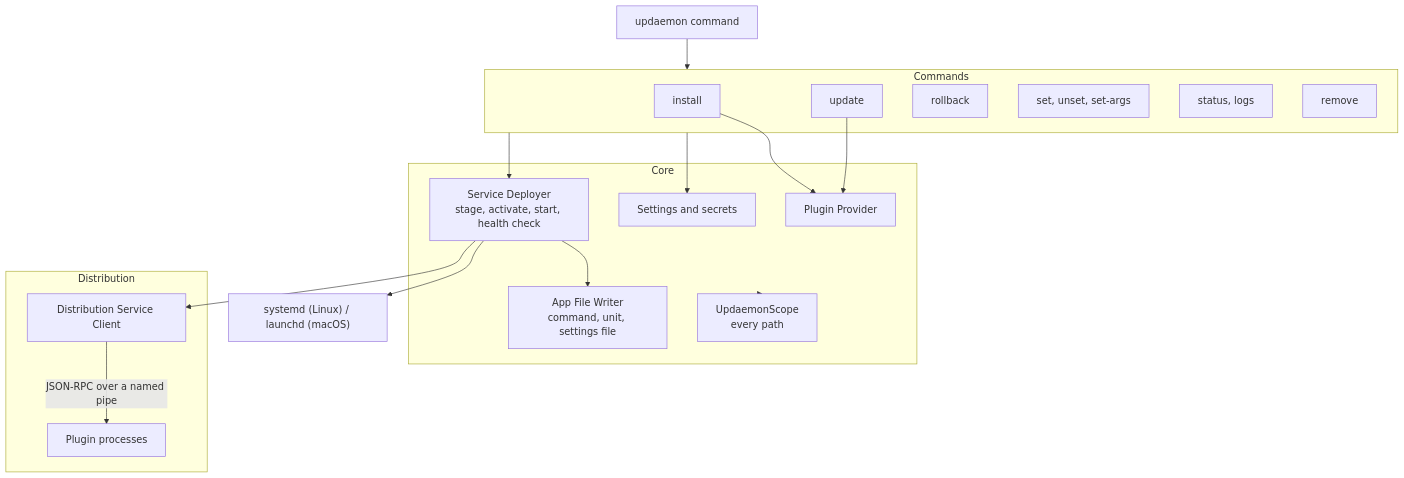
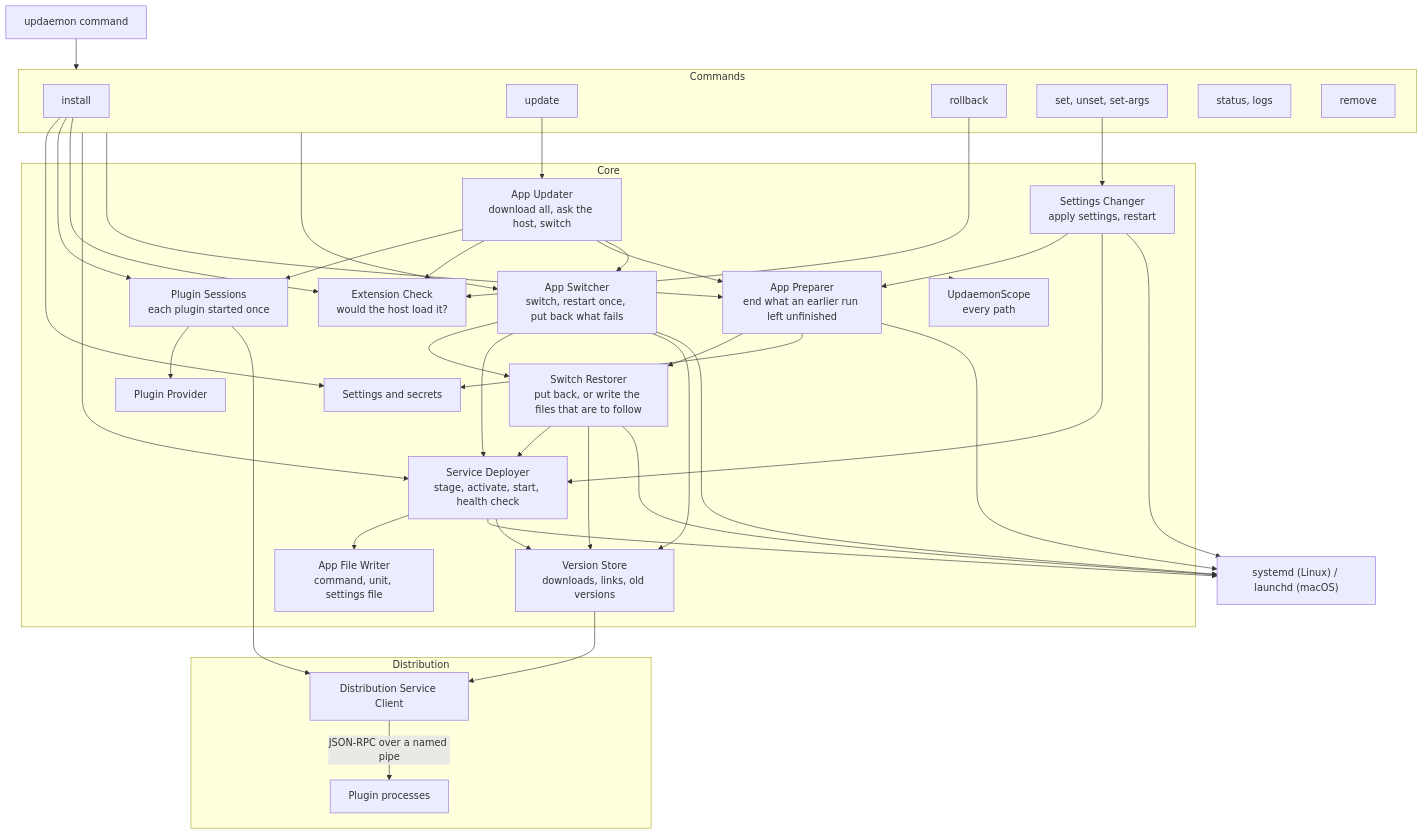
The first of 5 diagrams in README.md (AdamTovatt/updaemon), drawn with Mermaid before and after one commit. The commit also changed other lines of this file and 3 other files, not shown here.

````diff
--- a/README.md
+++ b/README.md
@@ -524,38 +568,71 @@
 ```mermaid
 graph TB
     CLI[updaemon command] --> Commands
 
     subgraph Commands
         Install[install]
         Update[update]
         Rollback[rollback]
         Settings[set, unset, set-args]
         Read[status, logs]
         Remove[remove]
     end
 
     subgraph Core
+        Updater["App Updater<br/>download all, ask the host, switch"]
+        Preparer["App Preparer<br/>end what an earlier run left unfinished"]
+        Switcher["App Switcher<br/>switch, restart once, put back what fails"]
+        Changer["Settings Changer<br/>apply settings, restart"]
+        Restorer["Switch Restorer<br/>put back, or write the files that are to follow"]
+        Check["Extension Check<br/>would the host load it?"]
         Deployer["Service Deployer<br/>stage, activate, start, health check"]
+        Versions["Version Store<br/>downloads, links, old versions"]
         Files["App File Writer<br/>command, unit, settings file"]
         SettingsStore[Settings and secrets]
+        Sessions["Plugin Sessions<br/>each plugin started once"]
         PluginProvider[Plugin Provider]
         Scope["UpdaemonScope<br/>every path"]
     end
 
     subgraph Distribution
         DistClient[Distribution Service Client]
         Plugins[Plugin processes]
     end
 
     Manager["systemd (Linux) / launchd (macOS)"]
 
     Commands --> Deployer
-    Commands --> SettingsStore
-    Install --> PluginProvider
-    Update --> PluginProvider
+    Install --> SettingsStore
+    Settings --> Changer
+    Commands --> Preparer
+    Commands --> Switcher
+    Install --> Sessions
+    Install --> Check
+    Rollback --> Check
+    Update --> Updater
+    Updater --> Sessions
+    Updater --> Check
+    Updater --> Preparer
+    Updater --> Switcher
+    Preparer --> Restorer
+    Preparer --> SettingsStore
+    Preparer --> Manager
+    Changer --> Preparer
+    Changer --> Deployer
+    Changer --> Manager
+    Switcher --> Restorer
+    Switcher --> Deployer
+    Switcher --> Versions
+    Switcher --> Manager
+    Restorer --> Deployer
+    Restorer --> Versions
+    Restorer --> Manager
+    Sessions --> PluginProvider
+    Sessions --> DistClient
     Deployer --> Files
     Deployer --> Manager
-    Deployer --> DistClient
+    Deployer --> Versions
+    Versions --> DistClient
     DistClient -->|JSON-RPC over a named pipe| Plugins
     Core -.-> Scope
 ```
````
